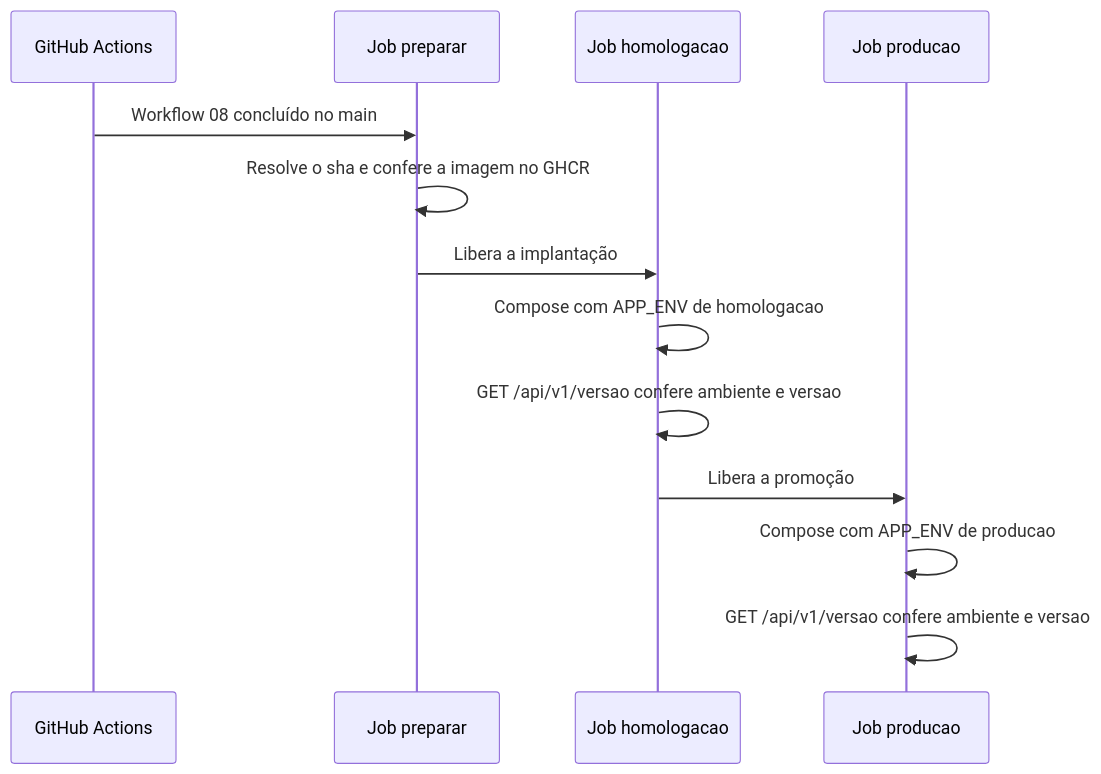
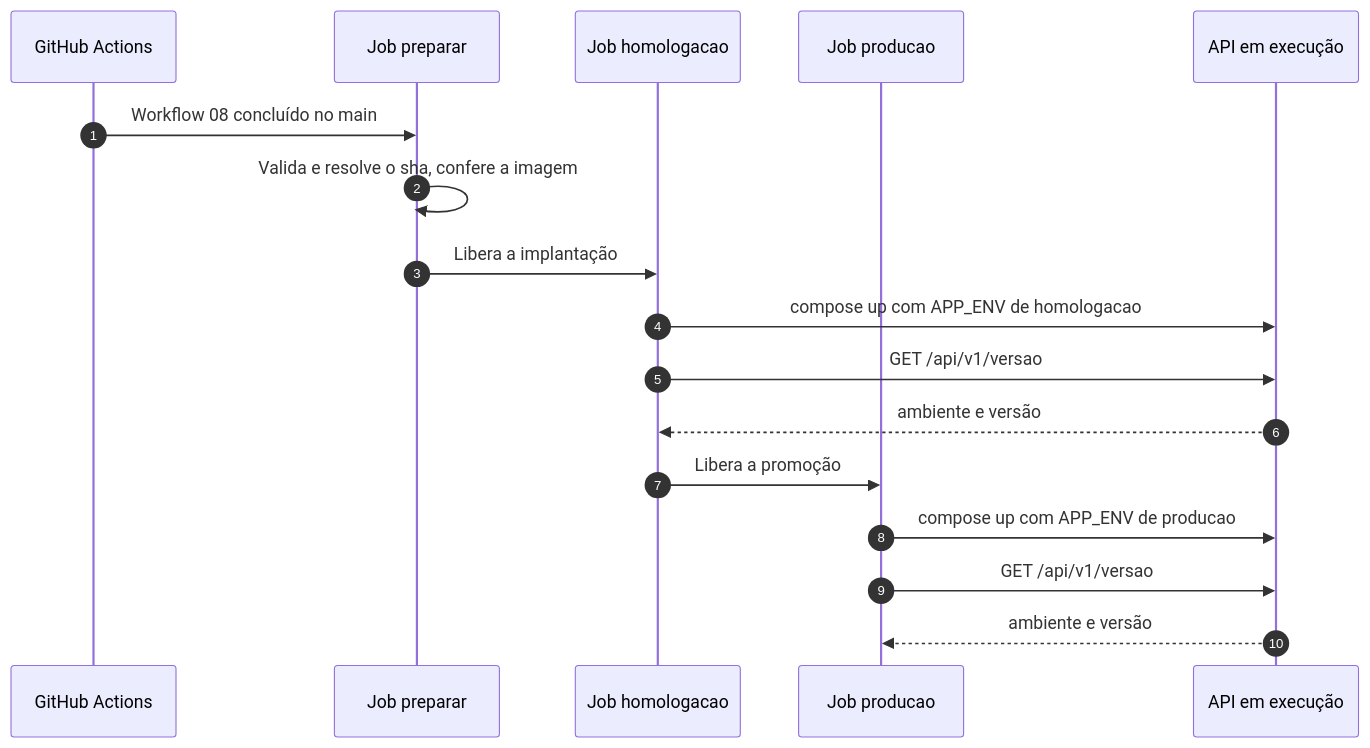
Before and after one commit to arkhibr/devops-fluxos-c3dm: the second of 2 diagrams in cenarios/09-ambientes/README.md, drawn with Mermaid. The commit also changed other lines of this file and 7 other files, not shown here.

First line of the commit message:
docs(cenarios): trechos de workflow, links e diagramas dos cenários 08 a 14 (#26)

````diff
--- a/cenarios/09-ambientes/README.md
+++ b/cenarios/09-ambientes/README.md
@@ -21,15 +51,19 @@
 ```mermaid
 sequenceDiagram
+    autonumber
     participant G as GitHub Actions
     participant P as Job preparar
     participant H as Job homologacao
     participant R as Job producao
+    participant A as API em execução
     G->>P: Workflow 08 concluído no main
-    P->>P: Resolve o sha e confere a imagem no GHCR
+    P->>P: Valida e resolve o sha, confere a imagem
     P->>H: Libera a implantação
-    H->>H: Compose com APP_ENV de homologacao
-    H->>H: GET /api/v1/versao confere ambiente e versao
+    H->>A: compose up com APP_ENV de homologacao
+    H->>A: GET /api/v1/versao
+    A-->>H: ambiente e versão
     H->>R: Libera a promoção
-    R->>R: Compose com APP_ENV de producao
-    R->>R: GET /api/v1/versao confere ambiente e versao
+    R->>A: compose up com APP_ENV de producao
+    R->>A: GET /api/v1/versao
+    A-->>R: ambiente e versão
 ```
````
